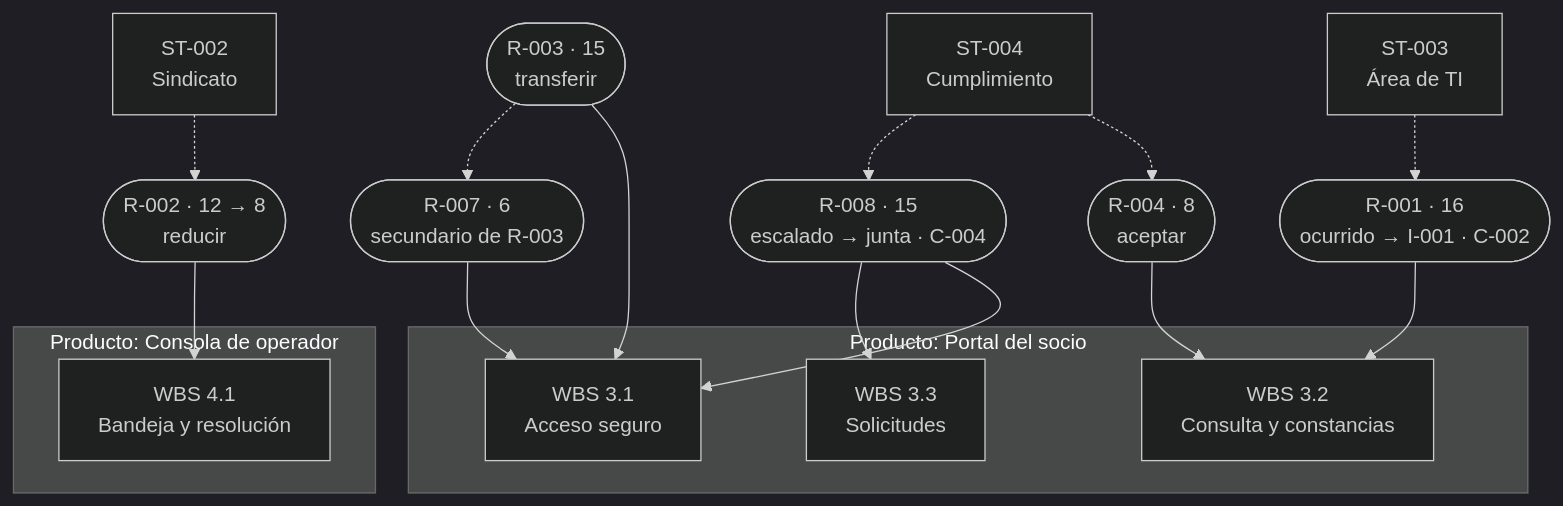
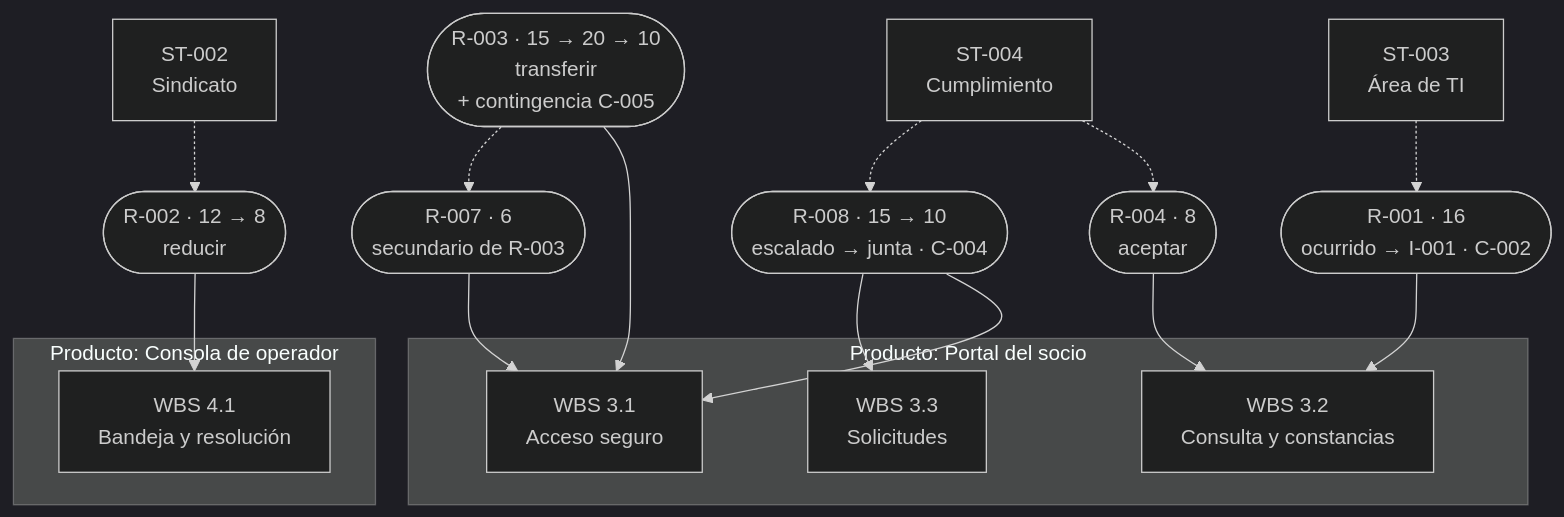
One commit to Arturo-Penas-Rial/pm-method changed the second of 2 diagrams in docs/guias/E2E-1-riesgos.md. Above: the diagram before and after it, drawn with Mermaid (dark theme). The commit also changed other lines of this file and 274 other files, not shown here.

````diff
--- a/docs/guias/E2E-1-riesgos.md
+++ b/docs/guias/E2E-1-riesgos.md
@@ -610,23 +759,23 @@
 ```mermaid
 flowchart TB
     subgraph P1["Producto: Portal del socio"]
         w31["WBS 3.1<br/>Acceso seguro"]
         w32["WBS 3.2<br/>Consulta y constancias"]
         w33["WBS 3.3<br/>Solicitudes"]
     end
     subgraph P2["Producto: Consola de operador"]
         w41["WBS 4.1<br/>Bandeja y resolución"]
     end
     r1(["R-001 · 16<br/>ocurrido → I-001 · C-002"]) --> w32
-    r3(["R-003 · 15<br/>transferir"]) --> w31
+    r3(["R-003 · 15 → 20 → 10<br/>transferir<br/>+ contingencia C-005"]) --> w31
     r7(["R-007 · 6<br/>secundario de R-003"]) --> w31
     r3 -.-> r7
-    r8(["R-008 · 15<br/>escalado → junta · C-004"]) --> w31
+    r8(["R-008 · 15 → 10<br/>escalado → junta · C-004"]) --> w31
     r8 --> w33
     r4(["R-004 · 8<br/>aceptar"]) --> w32
     r2(["R-002 · 12 → 8<br/>reducir"]) --> w41
     st3["ST-003<br/>Área de TI"] -.-> r1
     st2["ST-002<br/>Sindicato"] -.-> r2
     st4["ST-004<br/>Cumplimiento"] -.-> r4
     st4 -.-> r8
 ```
````
